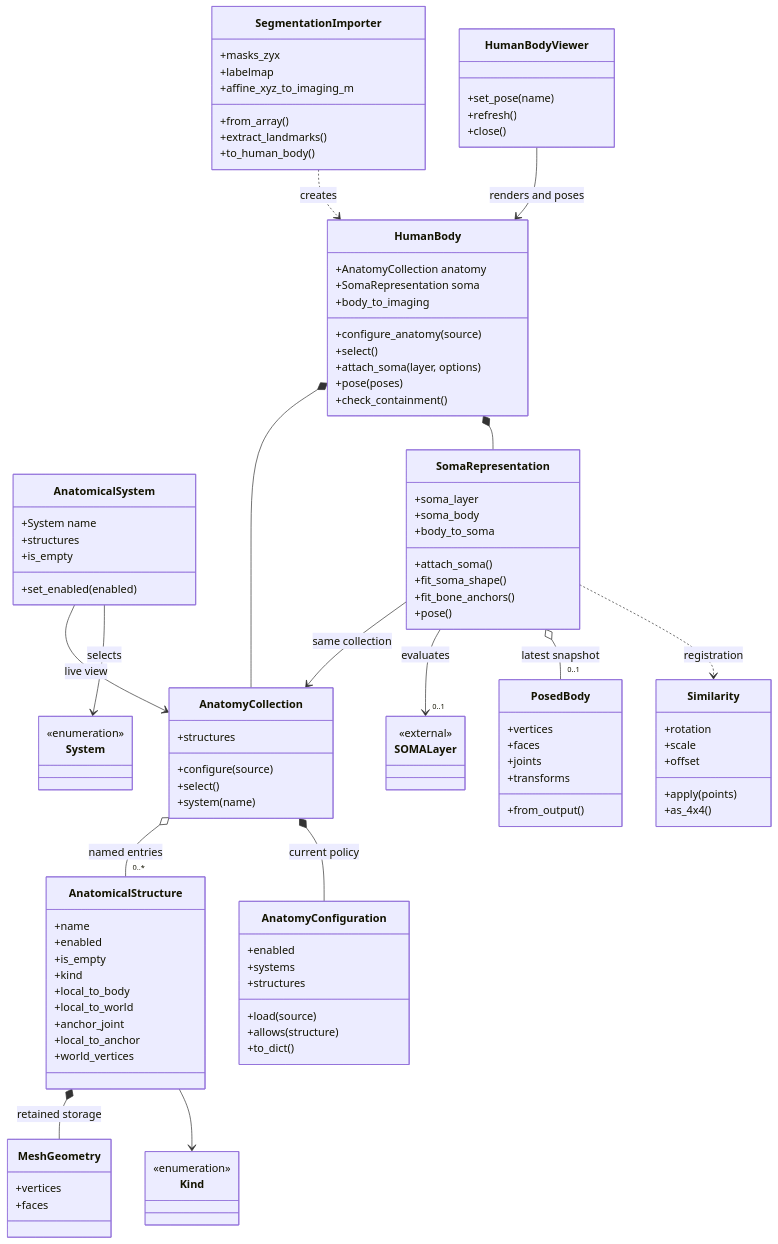
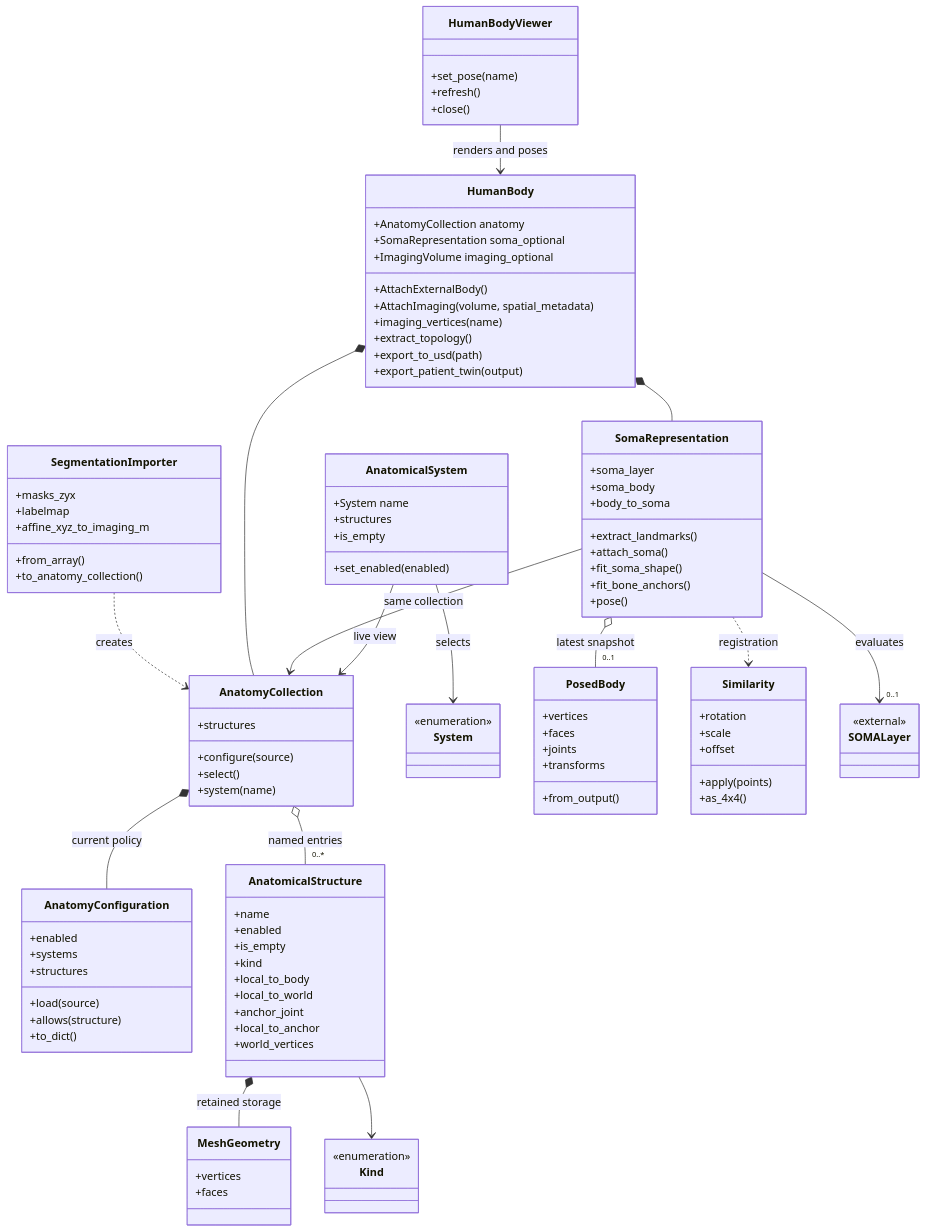
One commit to isaac-for-healthcare/i4h-digital-twin changed the diagram in patient-digital-twin/patient_digital_twin/README.md. Above: the diagram before and after it, drawn with Mermaid. The commit also changed other lines of this file and 134 other files, not shown here.

First line of the commit message:
Consolidate patient twin pipelines and add imaging and physics exports

```diff
--- a/patient-digital-twin/patient_digital_twin/README.md
+++ b/patient-digital-twin/patient_digital_twin/README.md
@@ -54,21 +54,21 @@
 
     class HumanBody {
         +AnatomyCollection anatomy
-        +SomaRepresentation soma
-        +body_to_imaging
-        +configure_anatomy(source)
-        +select()
-        +attach_soma(layer, options)
-        +pose(poses)
-        +check_containment()
+        +SomaRepresentation soma_optional
+        +AttachExternalBody()
+        +ImagingVolume imaging_optional
+        +AttachImaging(volume, spatial_metadata)
+        +imaging_vertices(name)
+        +extract_topology()
+        +export_to_usd(path)
+        +export_patient_twin(output)
     }
     class SegmentationImporter {
         +masks_zyx
         +labelmap
         +affine_xyz_to_imaging_m
         +from_array()
-        +extract_landmarks()
-        +to_human_body()
+        +to_anatomy_collection()
     }
     class AnatomyCollection {
         +structures
@@ -115,6 +115,7 @@
         +soma_layer
         +soma_body
         +body_to_soma
+        +extract_landmarks()
         +attach_soma()
         +fit_soma_shape()
         +fit_bone_anchors()
@@ -143,7 +144,7 @@
         +close()
     }
 
-    SegmentationImporter ..> HumanBody : creates
+    SegmentationImporter ..> AnatomyCollection : creates
     HumanBody *-- AnatomyCollection
     HumanBody *-- SomaRepresentation
     SomaRepresentation --> AnatomyCollection : same collection
```
